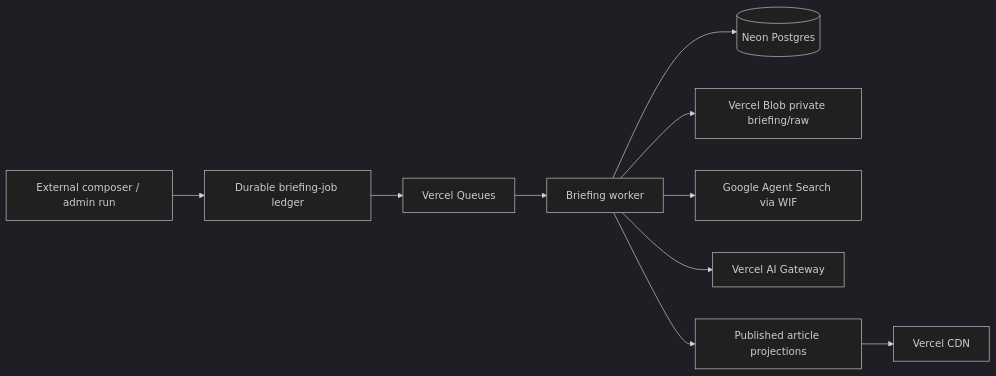
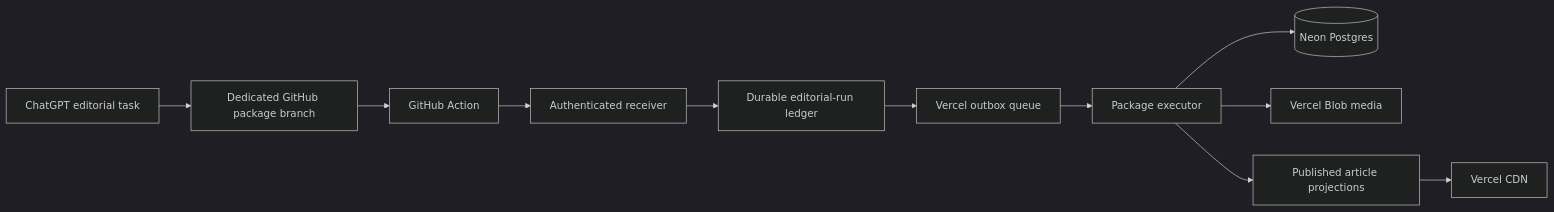
Before and after one commit to lions-admin/lions-of-zion: the diagram in docs/vercel-infrastructure.md, drawn with Mermaid (dark theme). The commit also changed other lines of this file and 52 other files, not shown here.

````diff
--- a/docs/vercel-infrastructure.md
+++ b/docs/vercel-infrastructure.md
@@ -10,12 +10,13 @@
 ```mermaid
 flowchart LR
-  C[External composer / admin run] --> J[Durable briefing-job ledger]
-  J --> Q[Vercel Queues]
-  Q --> W[Briefing worker]
+  C[ChatGPT editorial task] --> G[Dedicated GitHub package branch]
+  G --> A[GitHub Action]
+  A --> R[Authenticated receiver]
+  R --> J[Durable editorial-run ledger]
+  J --> Q[Vercel outbox queue]
+  Q --> W[Package executor]
   W --> D[(Neon Postgres)]
-  W --> B[Vercel Blob private briefing/raw]
-  W --> G[Google Agent Search via WIF]
-  W --> A[Vercel AI Gateway]
+  W --> B[Vercel Blob media]
   W --> P[Published article projections]
   P --> CDN[Vercel CDN]
 ```
````
